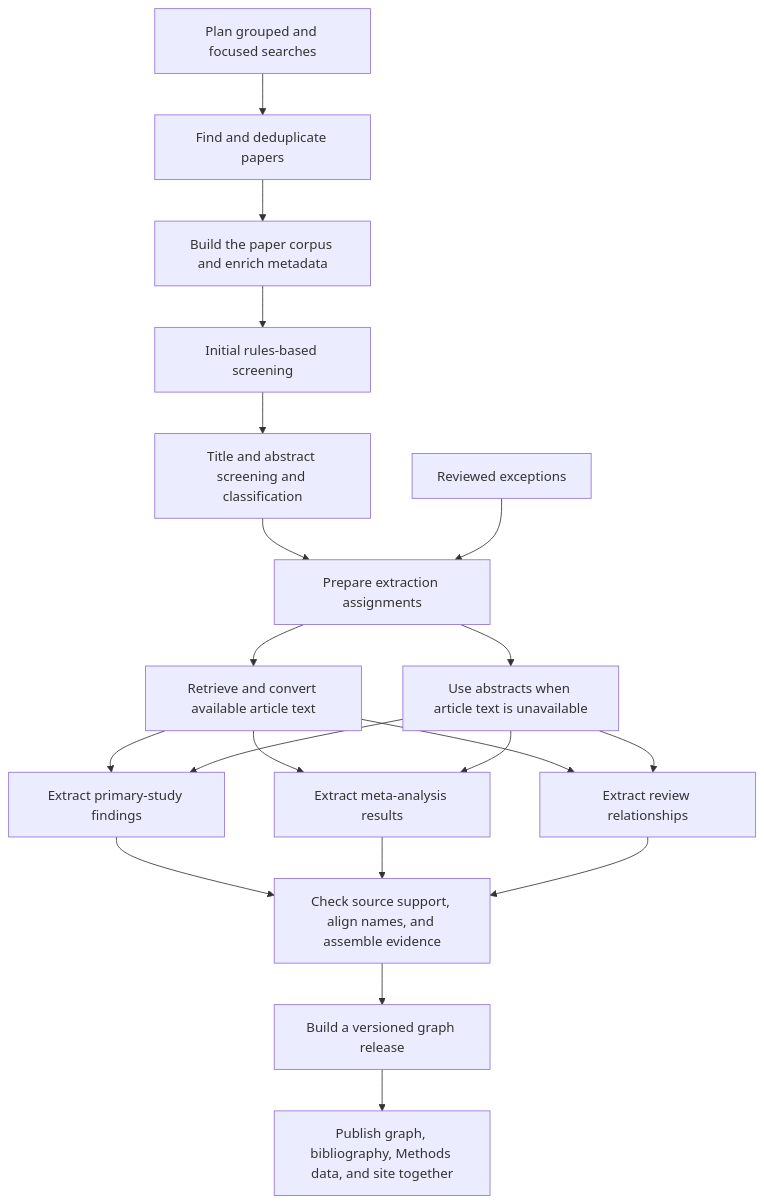
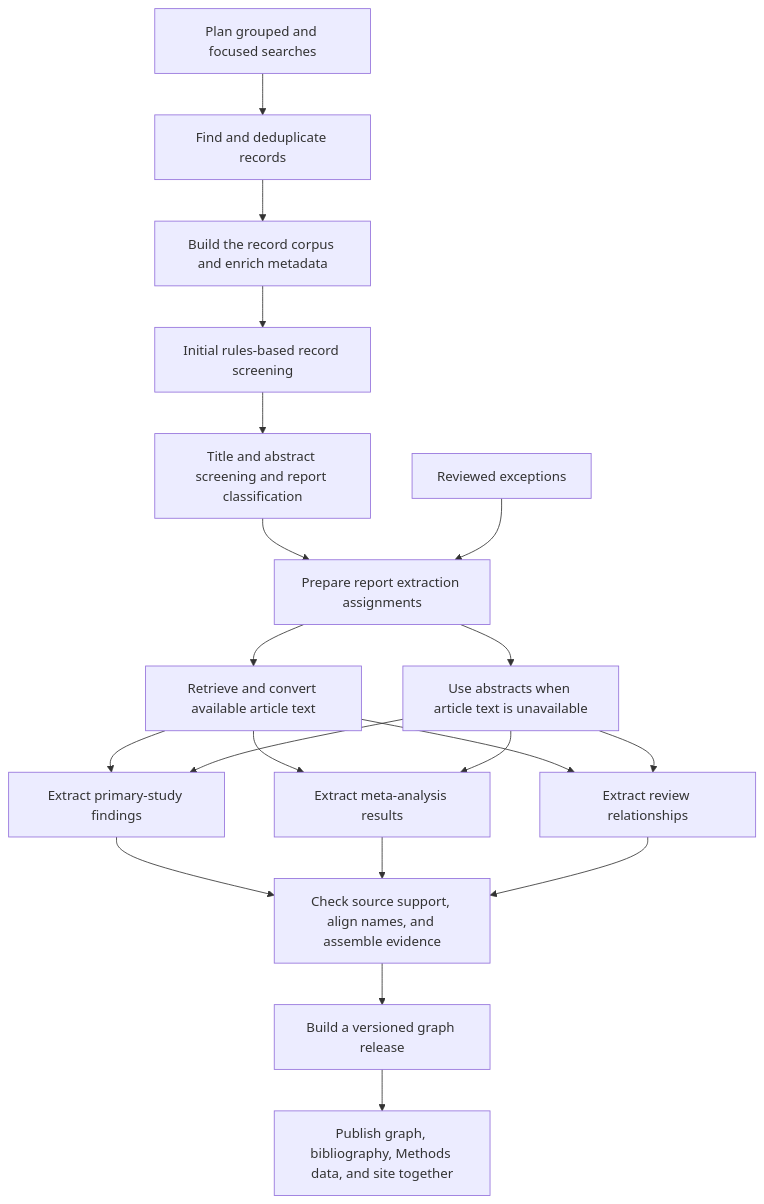
One commit to povilaskarvelis/psychedelics_knowledge_graph changed the diagram in pipeline/README.md. Above: the diagram before and after it, drawn with Mermaid. The commit also changed other lines of this file and 83 other files, not shown here.

First line of the commit message:
Refresh corpus graph and retire legacy screening pipeline

````diff
--- a/pipeline/README.md
+++ b/pipeline/README.md
@@ -14,22 +14,22 @@
 ```mermaid
 flowchart TD
-  A["Plan grouped and focused searches"] --> B["Find and deduplicate papers"]
-  B --> C["Build the paper corpus and enrich metadata"]
-  C --> D["Initial rules-based screening"]
-  D --> E["Title and abstract screening and classification"]
-  E --> F["Prepare extraction assignments"]
+  A["Plan grouped and focused searches"] --> B["Find and deduplicate records"]
+  B --> C["Build the record corpus and enrich metadata"]
+  C --> D["Initial rules-based record screening"]
+  D --> E["Title and abstract screening and report classification"]
+  E --> F["Prepare report extraction assignments"]
   G["Reviewed exceptions"] --> F
   F --> H["Retrieve and convert available article text"]
   F --> I["Use abstracts when article text is unavailable"]
   H --> J["Extract primary-study findings"]
   H --> K["Extract meta-analysis results"]
   H --> L["Extract review relationships"]
   I --> J
   I --> K
   I --> L
   J --> M["Check source support, align names, and assemble evidence"]
   K --> M
   L --> M
   M --> N["Build a versioned graph release"]
   N --> O["Publish graph, bibliography, Methods data, and site together"]
 ```
````
